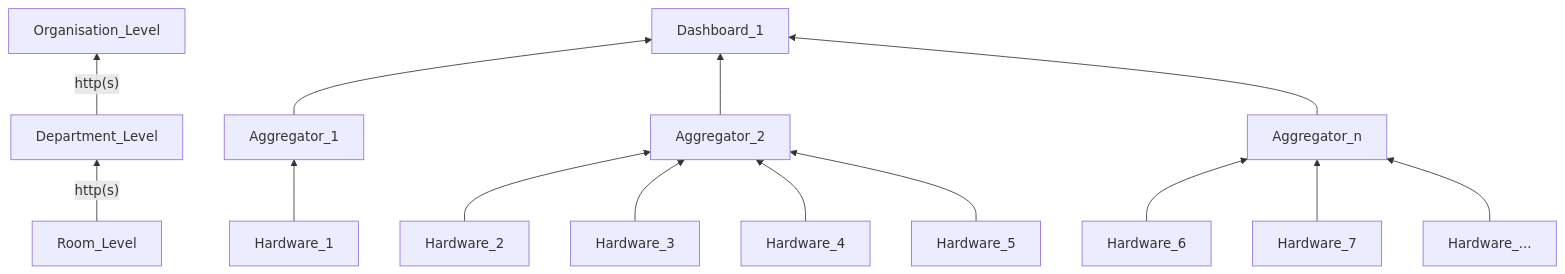
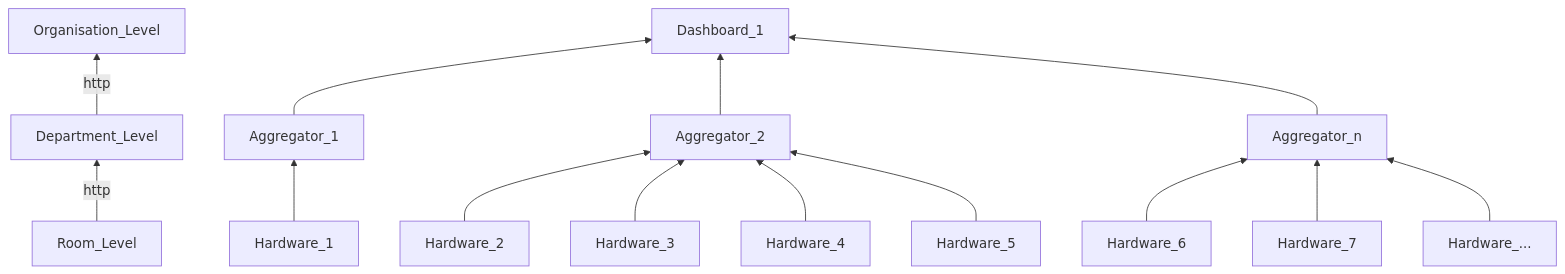
Before and after one commit to bytebang/ecolight: the diagram in README.md, drawn with Mermaid.

`````diff
--- a/README.md
+++ b/README.md
@@ -13,24 +13,24 @@
 ````mermaid
 	
 graph BT;
 
     
-    Room_Level --  http(s) --> Department_Level
-    Department_Level -- http(s) --> Organisation_Level
+    Room_Level --  http --> Department_Level
+    Department_Level -- http --> Organisation_Level
 
     Hardware_1 --> Aggregator_1;
 
     Hardware_2 --> Aggregator_2;
     Hardware_3 --> Aggregator_2;
     Hardware_4 --> Aggregator_2;
     Hardware_5 --> Aggregator_2;
 
     Hardware_6 --> Aggregator_n;
     Hardware_7 --> Aggregator_n;
     Hardware_... --> Aggregator_n;
 
     Aggregator_1 --> Dashboard_1;
     Aggregator_2 --> Dashboard_1;
     Aggregator_n --> Dashboard_1;
 
 ````
`````
